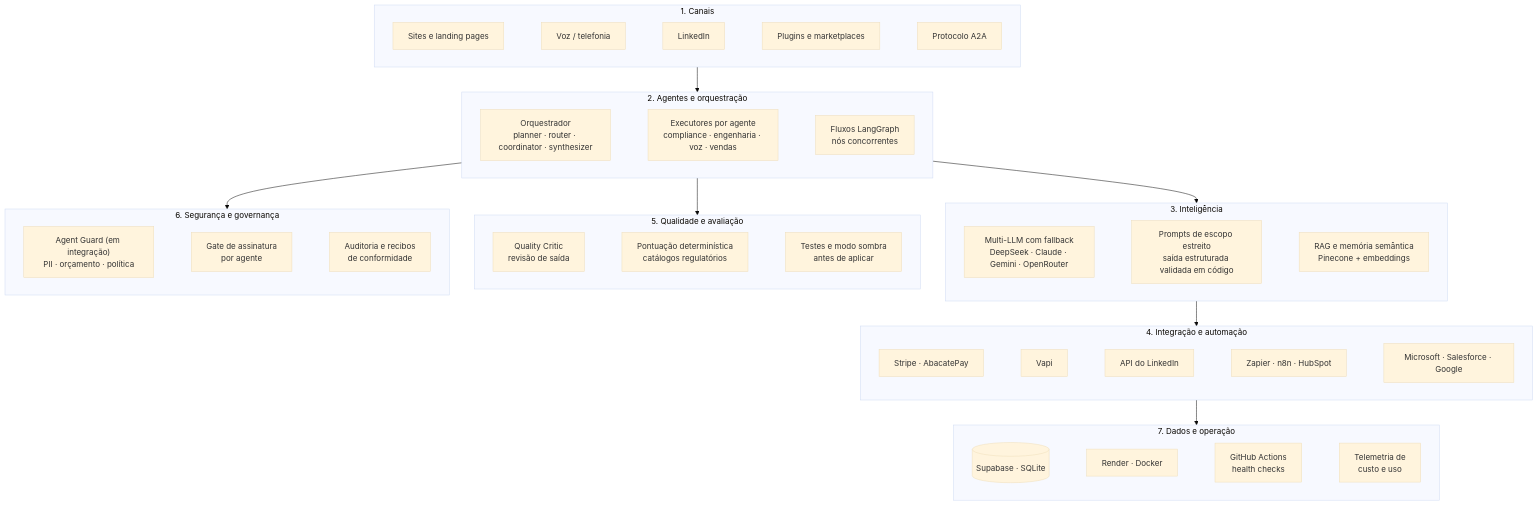
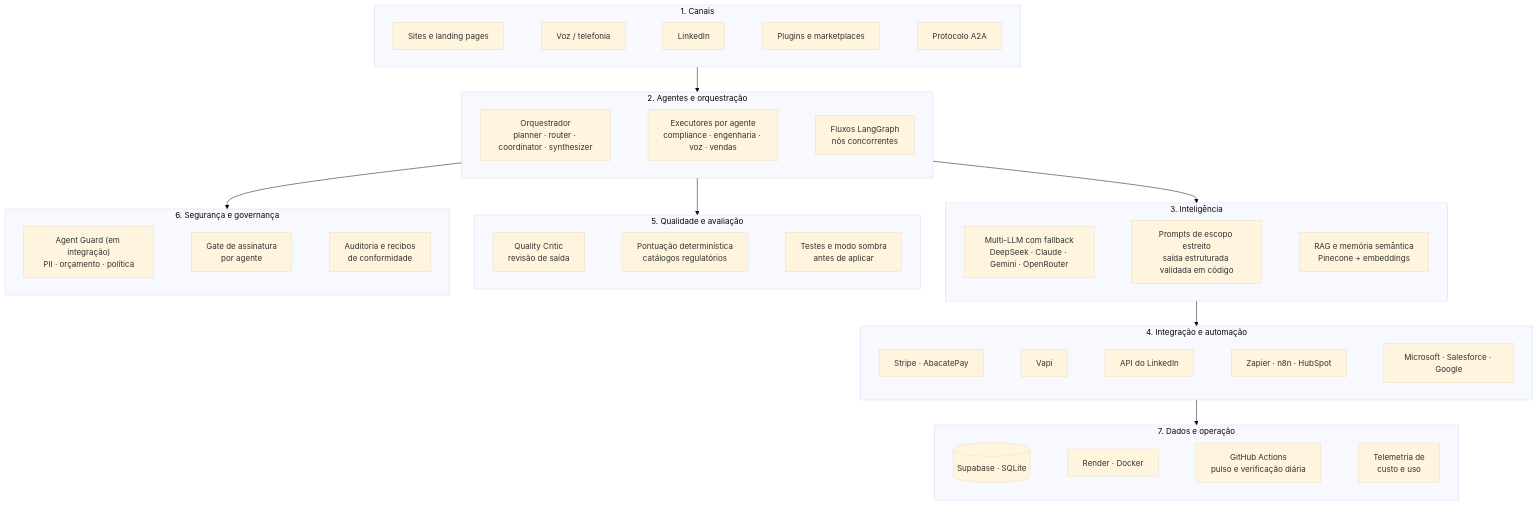
Before and after one commit to carruda-Global/aion-showcase: the diagram in README.md, drawn with Mermaid (base theme). The commit also changed other lines of this file and 5 other files, not shown here.

Commit message:
docs: add daily agent health checks and error reporting

````diff
--- a/README.md
+++ b/README.md
@@ -13,34 +13,34 @@
 ```mermaid
 flowchart TB
   subgraph L1["1. Canais"]
     direction LR
     C1["Sites e landing pages"] ~~~ C2["Voz / telefonia"] ~~~ C3["LinkedIn"] ~~~ C4["Plugins e marketplaces"] ~~~ C5["Protocolo A2A"]
   end
   subgraph L2["2. Agentes e orquestração"]
     direction LR
     A1["Orquestrador<br/>planner · router · coordinator · synthesizer"] ~~~ A2["Executores por agente<br/>compliance · engenharia · voz · vendas"] ~~~ A3["Fluxos LangGraph<br/>nós concorrentes"]
   end
   subgraph L3["3. Inteligência"]
     direction LR
     I1["Multi-LLM com fallback<br/>DeepSeek · Claude · Gemini · OpenRouter"] ~~~ I2["Prompts de escopo estreito<br/>saída estruturada validada em código"] ~~~ I3["RAG e memória semântica<br/>Pinecone + embeddings"]
   end
   subgraph L4["4. Integração e automação"]
     direction LR
     N1["Stripe · AbacatePay"] ~~~ N2["Vapi"] ~~~ N3["API do LinkedIn"] ~~~ N4["Zapier · n8n · HubSpot"] ~~~ N5["Microsoft · Salesforce · Google"]
   end
   subgraph L5["5. Qualidade e avaliação"]
     direction LR
     Q1["Quality Critic<br/>revisão de saída"] ~~~ Q2["Pontuação determinística<br/>catálogos regulatórios"] ~~~ Q3["Testes e modo sombra<br/>antes de aplicar"]
   end
   subgraph L6["6. Segurança e governança"]
     direction LR
     G1["Agent Guard (em integração)<br/>PII · orçamento · política"] ~~~ G2["Gate de assinatura<br/>por agente"] ~~~ G3["Auditoria e recibos<br/>de conformidade"]
   end
   subgraph L7["7. Dados e operação"]
     direction LR
-    O1[("Supabase · SQLite")] ~~~ O2["Render · Docker"] ~~~ O3["GitHub Actions<br/>health checks"] ~~~ O4["Telemetria de<br/>custo e uso"]
+    O1[("Supabase · SQLite")] ~~~ O2["Render · Docker"] ~~~ O3["GitHub Actions<br/>pulso e verificação diária"] ~~~ O4["Telemetria de<br/>custo e uso"]
   end
   L1 --> L2 --> L3 --> L4 --> L7
   L2 --> L5
   L2 --> L6
 ```
````
